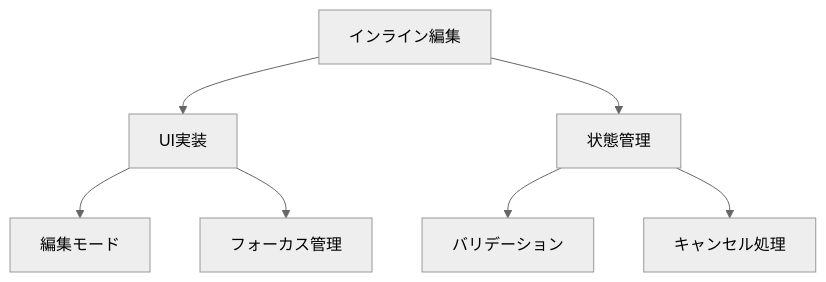
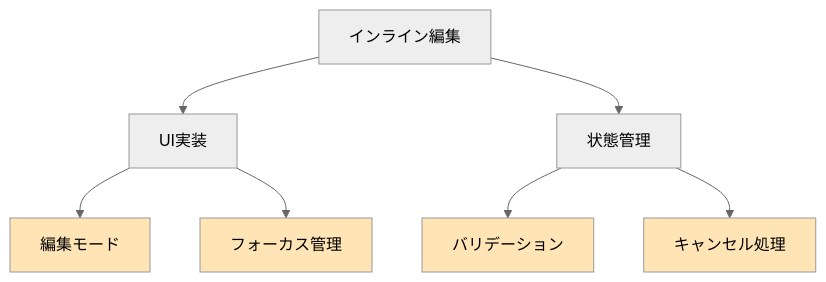
The second of 2 diagrams in memory-bank/activeContext.md (hushin-sandbox/try-rsbuild-tanstack), drawn with Mermaid (neutral theme) before and after one commit. The commit also changed other lines of this file and 3 other files, not shown here.

````diff
--- a/memory-bank/activeContext.md
+++ b/memory-bank/activeContext.md
@@ -48,9 +61,14 @@
 ```mermaid
 graph TD
     A[インライン編集] --> B[UI実装]
     A --> C[状態管理]
     B --> D[編集モード]
     B --> E[フォーカス管理]
     C --> F[バリデーション]
     C --> G[キャンセル処理]
+
+    style D fill:#FFE4B5
+    style E fill:#FFE4B5
+    style F fill:#FFE4B5
+    style G fill:#FFE4B5
 ```
````
